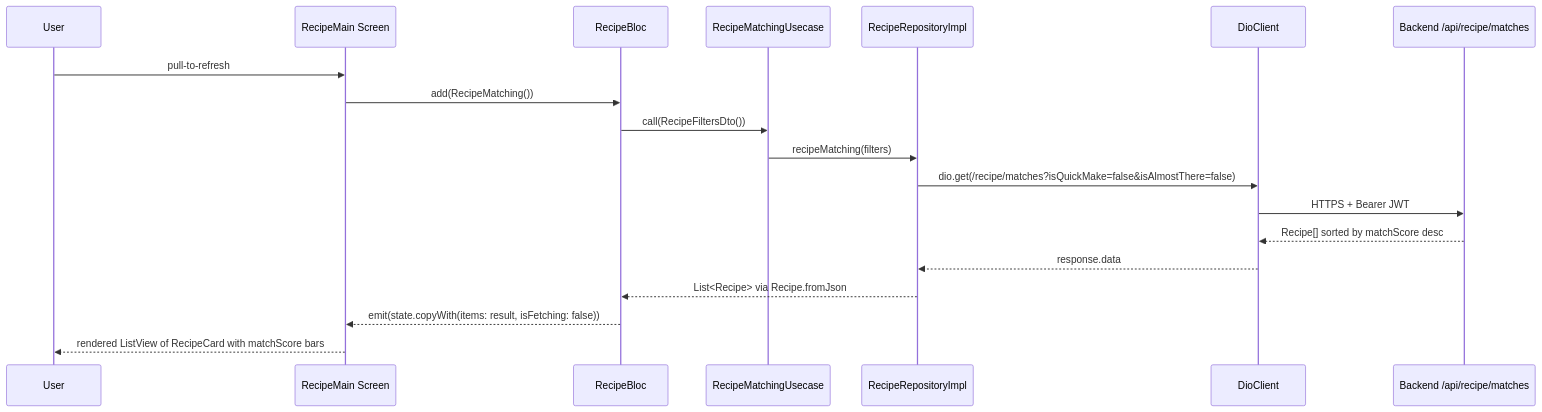
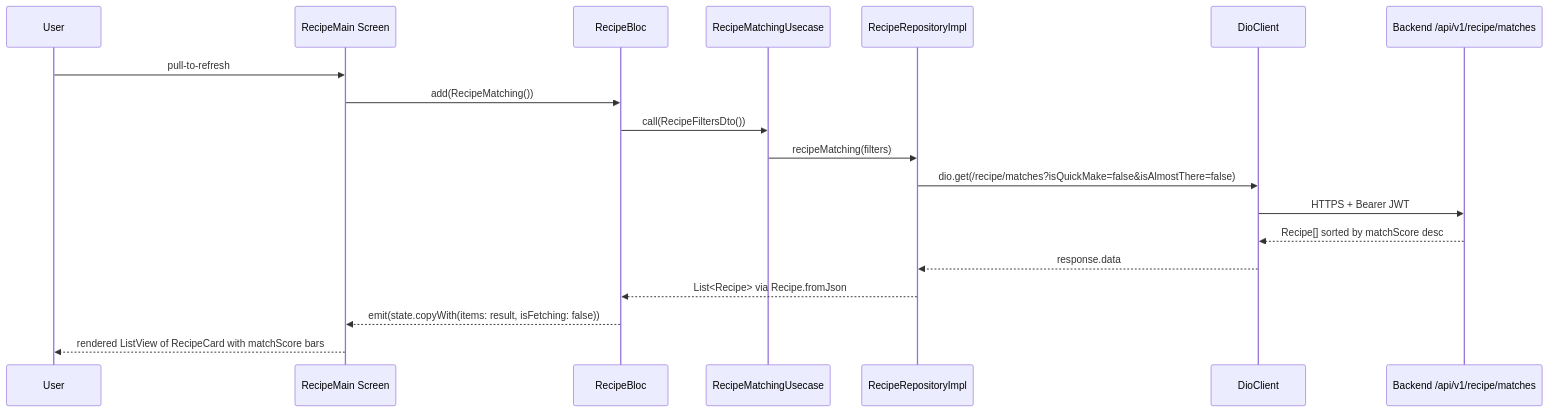
Before and after one commit to blitzy-public-samples/pantry-chef-traditional: the diagram in mobile/lib/features/recipe/README.md, drawn with Mermaid. The commit also changed other lines of this file and 60 other files, not shown here.

````diff
--- a/mobile/lib/features/recipe/README.md
+++ b/mobile/lib/features/recipe/README.md
@@ -90,21 +90,21 @@
 ```mermaid
 sequenceDiagram
     participant U as User
     participant S as RecipeMain Screen
     participant B as RecipeBloc
     participant UC as RecipeMatchingUsecase
     participant R as RecipeRepositoryImpl
     participant D as DioClient
-    participant API as Backend /api/recipe/matches
+    participant API as Backend /api/v1/recipe/matches
     U->>S: pull-to-refresh
     S->>B: add(RecipeMatching())
     B->>UC: call(RecipeFiltersDto())
     UC->>R: recipeMatching(filters)
     R->>D: dio.get(/recipe/matches?isQuickMake=false&isAlmostThere=false)
     D->>API: HTTPS + Bearer JWT
     API-->>D: Recipe[] sorted by matchScore desc
     D-->>R: response.data
     R-->>B: List<Recipe> via Recipe.fromJson
     B-->>S: emit(state.copyWith(items: result, isFetching: false))
     S-->>U: rendered ListView of RecipeCard with matchScore bars
 ```
````
